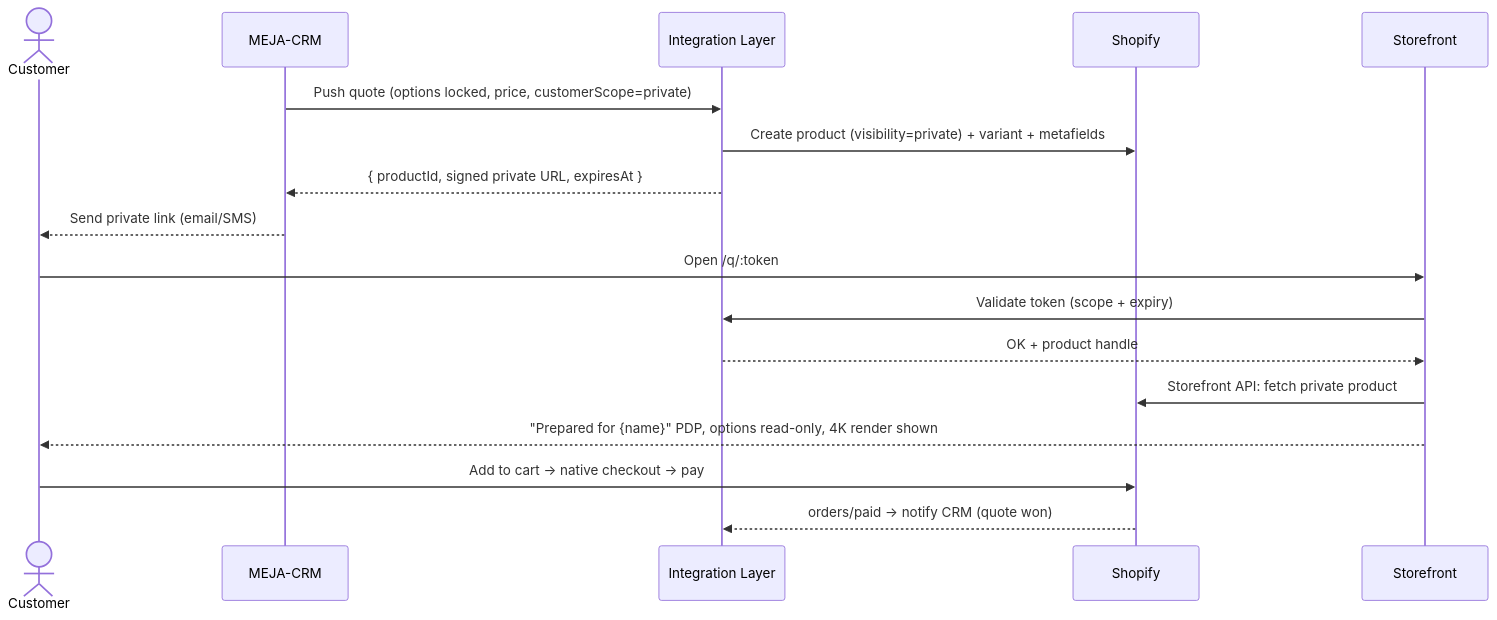
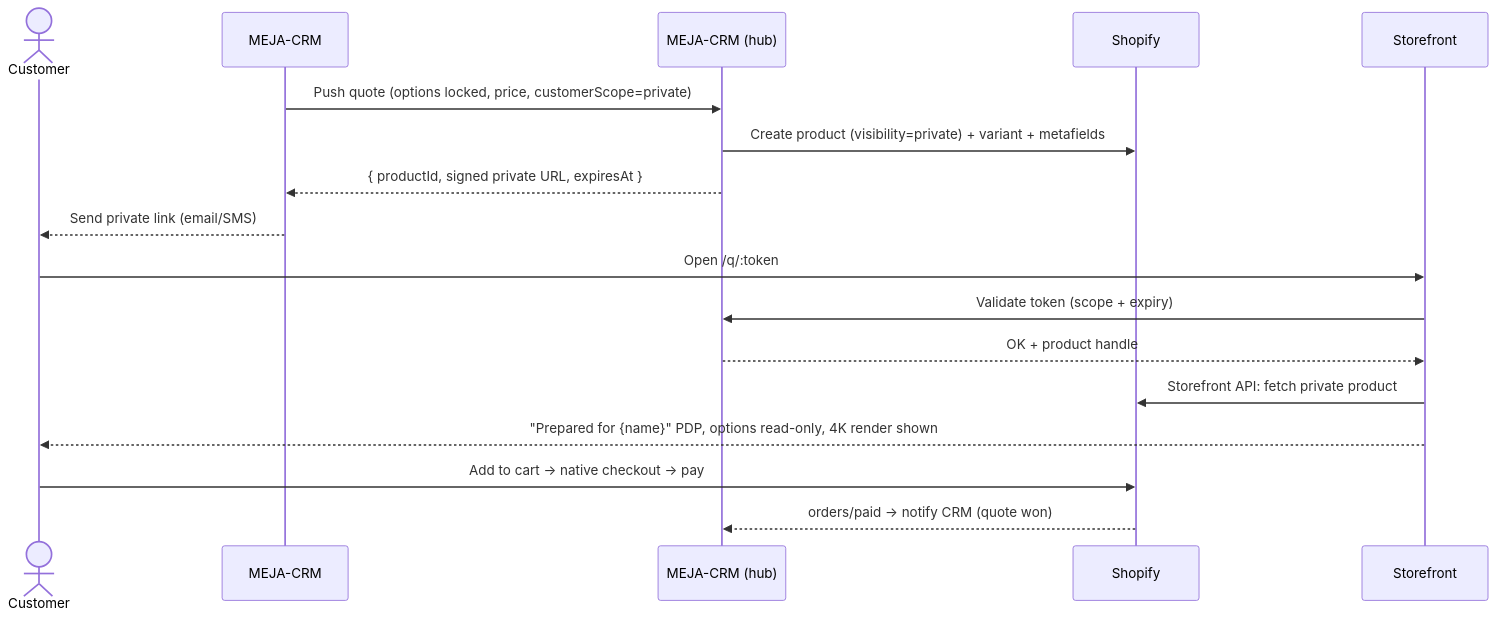
Before and after one commit to jfsgi/MEJA-ShopifyStore: the second of 13 diagrams in docs/03-Product-Workflows.md, drawn with Mermaid. The commit also changed other lines of this file and 7 other files, not shown here.

````diff
--- a/docs/03-Product-Workflows.md
+++ b/docs/03-Product-Workflows.md
@@ -76,19 +78,19 @@
 ```mermaid
 sequenceDiagram
     actor C as Customer
     participant CRM as MEJA-CRM
-    participant IL as Integration Layer
+    participant IL as MEJA-CRM (hub)
     participant SH as Shopify
     participant ST as Storefront
     CRM->>IL: Push quote (options locked, price, customerScope=private)
     IL->>SH: Create product (visibility=private) + variant + metafields
     IL-->>CRM: { productId, signed private URL, expiresAt }
     CRM-->>C: Send private link (email/SMS) 
     C->>ST: Open /q/:token
     ST->>IL: Validate token (scope + expiry)
     IL-->>ST: OK + product handle
     ST->>SH: Storefront API: fetch private product
     ST-->>C: "Prepared for {name}" PDP, options read-only, 4K render shown
     C->>SH: Add to cart → native checkout → pay
     SH-->>IL: orders/paid → notify CRM (quote won)
 ```
````
